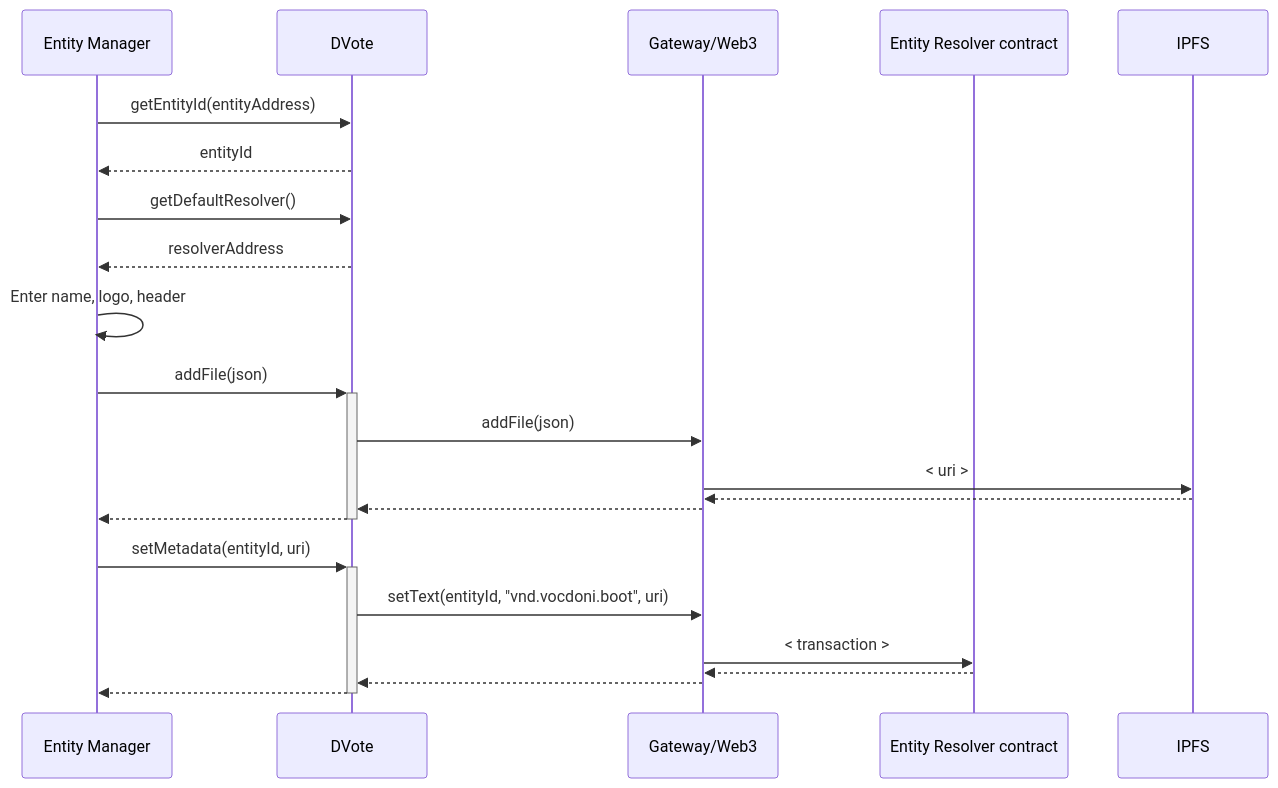
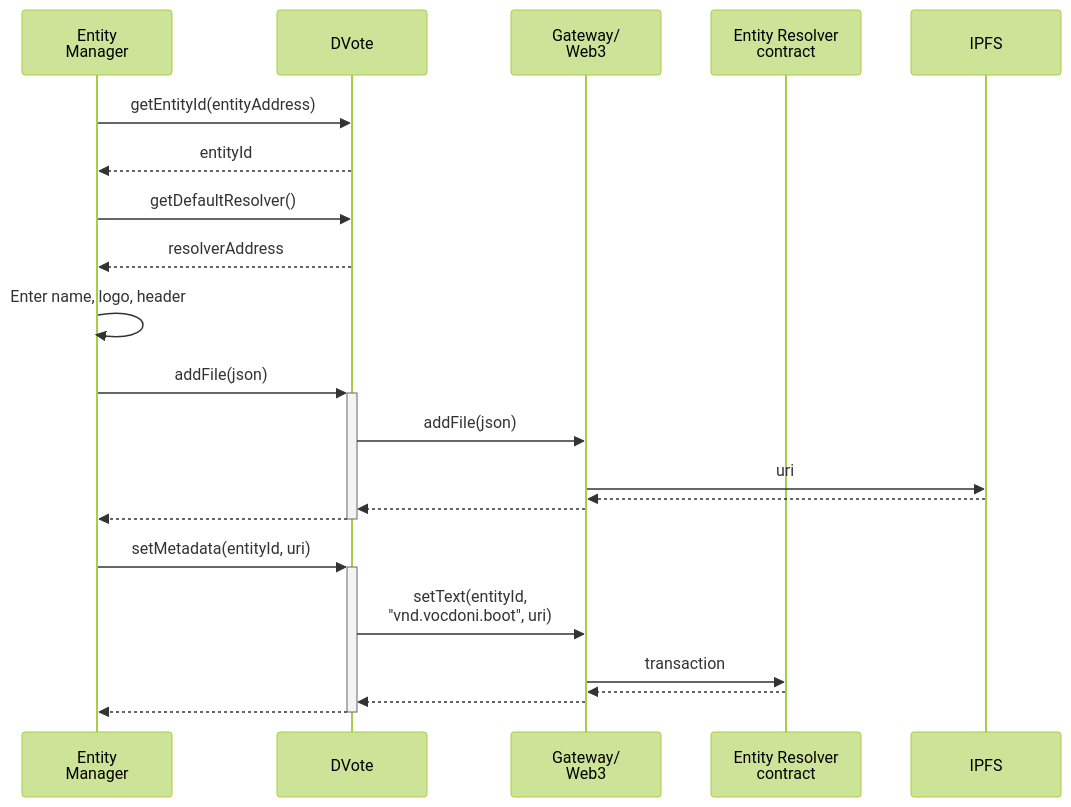
One commit to vocdoni/docs changed the second of 10 diagrams in src/architecture/sequence-diagrams.md. Above: the diagram before and after it, drawn with Mermaid. The commit also changed other lines of this file and 1 other file, not shown here.

Commit message:
Improve mermaid sequence diagrams

````diff
--- a/src/architecture/sequence-diagrams.md
+++ b/src/architecture/sequence-diagrams.md
@@ -62,32 +60,33 @@
 ```mermaid
+%%{init: {'theme':'forest'}}%%
 
 sequenceDiagram
-    participant EM as Entity Manager
+    participant EM as Entity<br/> Manager
     participant DV as DVote
-    participant GW as Gateway/Web3
-    participant ER as Entity Resolver contract
+    participant GW as Gateway/<br/>Web3
+    participant ER as Entity Resolver<br/> contract
     participant IPFS
 
     EM->>DV: getEntityId(entityAddress)
     DV-->>EM: entityId
 
     EM->>DV: getDefaultResolver()
     DV-->>EM: resolverAddress
 
     EM->>EM: Enter name, logo, header
     
     EM->>+DV: addFile(json)
         DV->>GW: addFile(json)
-            GW->>IPFS: #60; uri #62;
+            GW->>IPFS: uri     
             IPFS-->>GW: 
         GW-->>DV: 
     DV-->>-EM: 
 
 
     EM->>+DV: setMetadata(entityId, uri)
-        DV->>GW: setText(entityId, "vnd.vocdoni.boot", uri)
-            GW->>ER: #60; transaction #62;
+        DV->>GW: setText(entityId,<br/> "vnd.vocdoni.boot", uri)
+            GW->>ER: transaction;
             ER-->>GW: 
         GW-->>DV: 
     DV-->>-EM: 
 ```
````
